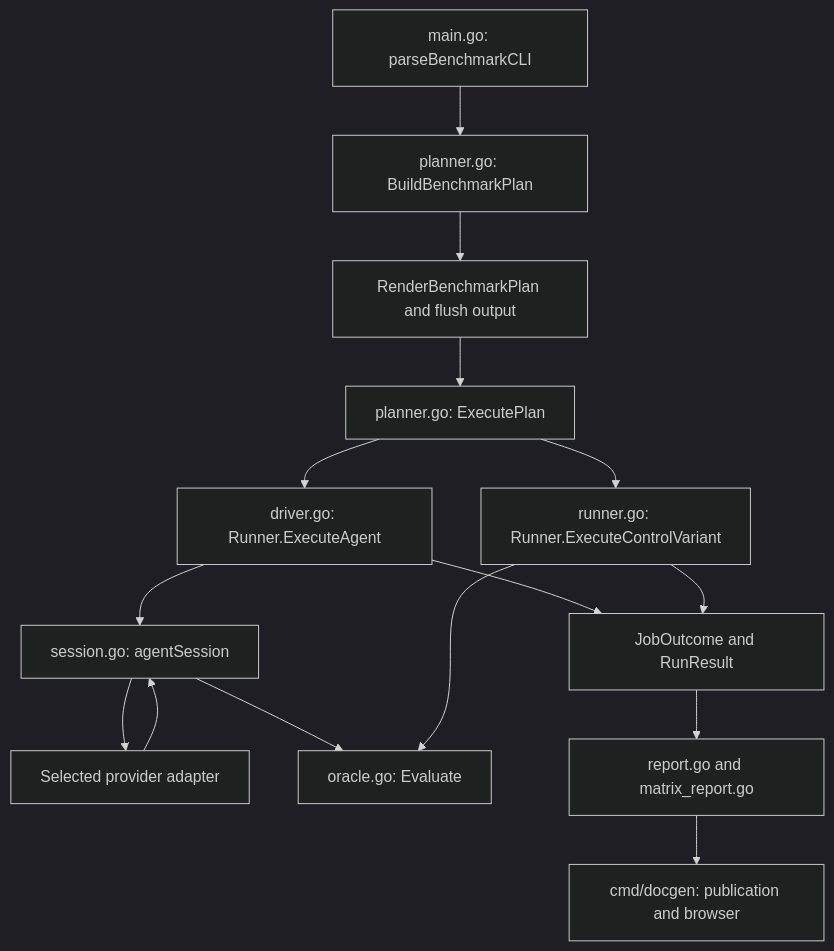
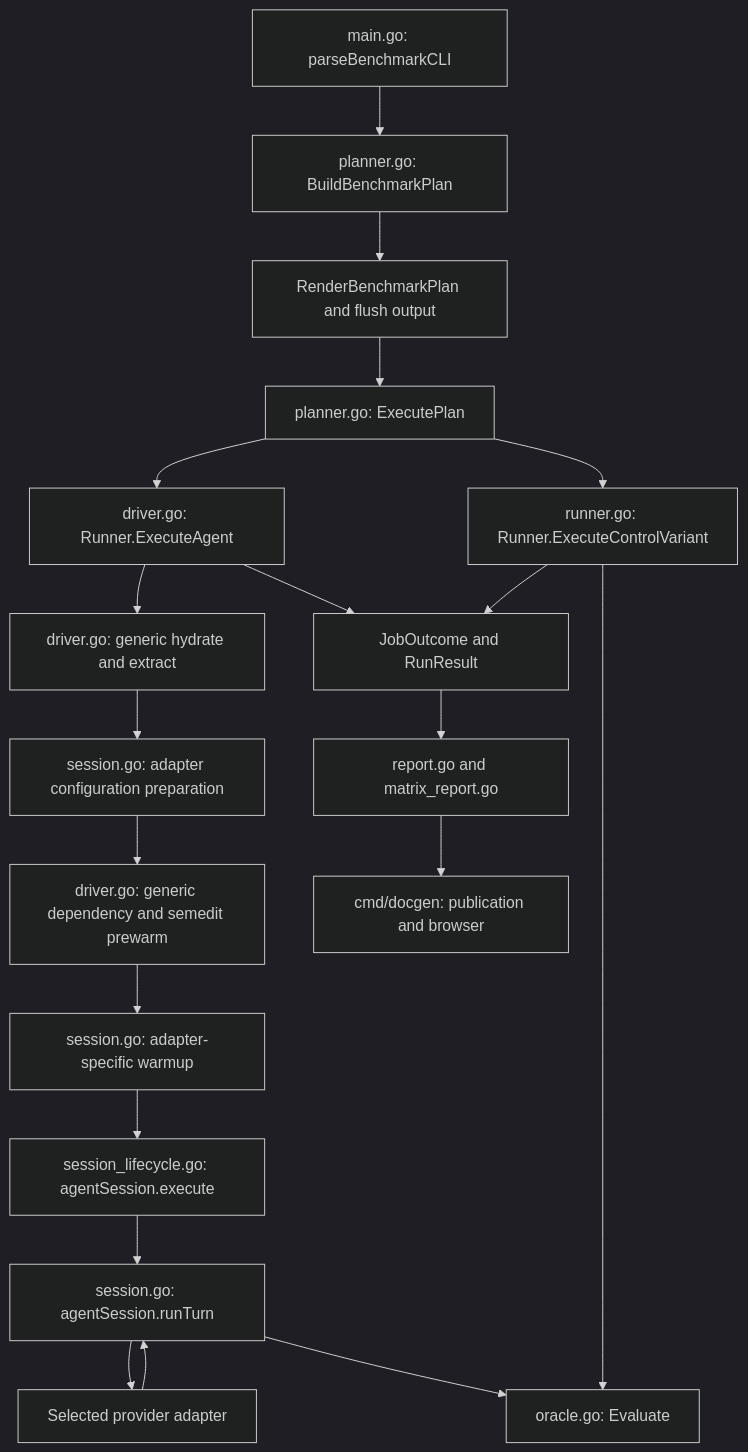
Before and after one commit to spockz/semantic-editor: the diagram in tools/benchmark-harness/README.md, drawn with Mermaid (dark theme). The commit also changed other lines of this file and 36 other files, not shown here.

Commit message:
Add Copilot benchmark adapter and shared lifecycle

````diff
--- a/tools/benchmark-harness/README.md
+++ b/tools/benchmark-harness/README.md
@@ -11,17 +11,22 @@
 ```mermaid
 flowchart TD
     CLI[main.go: parseBenchmarkCLI] --> Plan[planner.go: BuildBenchmarkPlan]
     Plan --> Print[RenderBenchmarkPlan and flush output]
     Print --> Schedule[planner.go: ExecutePlan]
     Schedule --> Agent[driver.go: Runner.ExecuteAgent]
     Schedule --> Control[runner.go: Runner.ExecuteControlVariant]
-    Agent --> Session[session.go: agentSession]
+    Agent --> Fixture[driver.go: generic hydrate and extract]
+    Fixture --> AdapterPrepare[session.go: adapter configuration preparation]
+    AdapterPrepare --> GenericWarmup[driver.go: generic dependency and semedit prewarm]
+    GenericWarmup --> AdapterWarmup[session.go: adapter-specific warmup]
+    AdapterWarmup --> Lifecycle[session_lifecycle.go: agentSession.execute]
+    Lifecycle --> Session[session.go: agentSession.runTurn]
     Session --> Provider[Selected provider adapter]
     Provider --> Session
     Session --> Oracle[oracle.go: Evaluate]
     Control --> Oracle
     Agent --> Results[JobOutcome and RunResult]
     Control --> Results
     Results --> Reports[report.go and matrix_report.go]
     Reports --> Publication[cmd/docgen: publication and browser]
 ```
````
